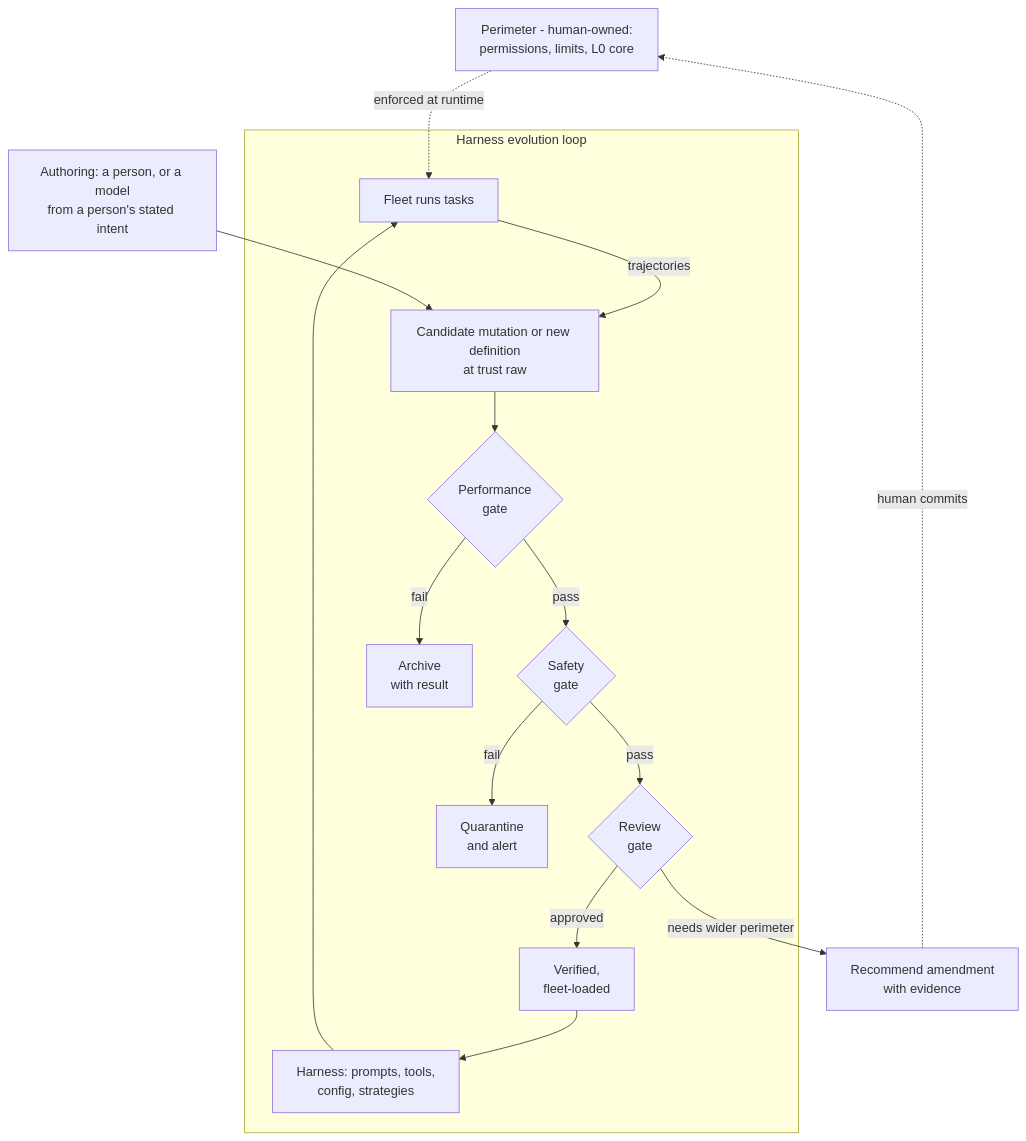
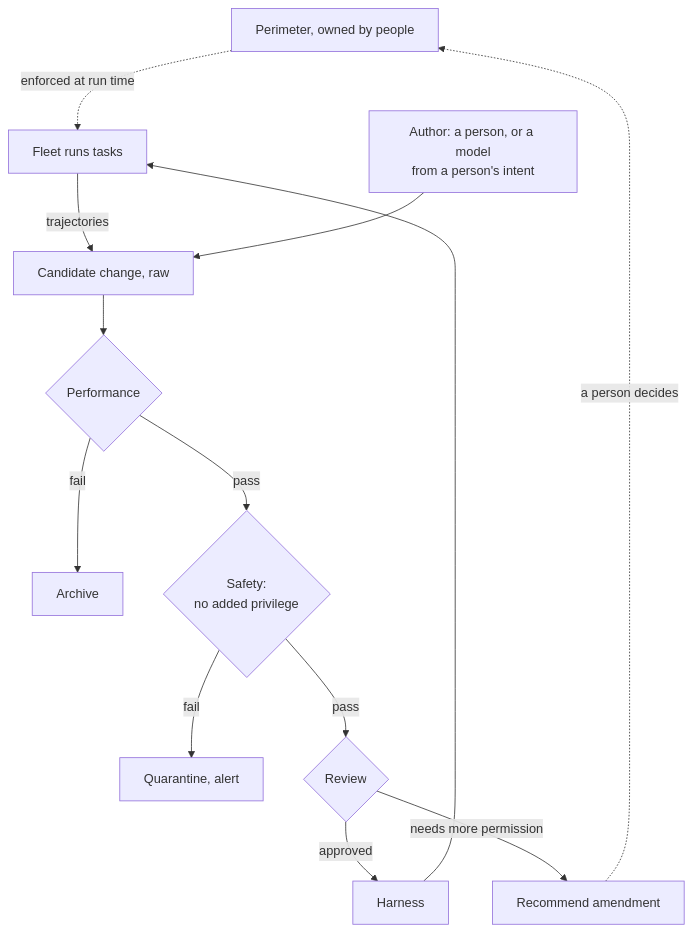
Before and after one commit to apache/tooling-memory: the fifth of 5 diagrams in docs/durable-memory-for-disposable-agents.md, drawn with Mermaid. The commit also changed other lines of this file and 1 other file, not shown here.

First line of the commit message:
Memory paper: shorter, layered, why first; trust, identity, and safety

````diff
--- a/docs/durable-memory-for-disposable-agents.md
+++ b/docs/durable-memory-for-disposable-agents.md
@@ -741,26 +513,16 @@
 ```mermaid
 flowchart TD
-    PERIM["Perimeter - human-owned:<br/>permissions, limits, L0 core"]
-    subgraph LOOP["Harness evolution loop"]
-        H["Harness: prompts, tools,<br/>config, strategies"]
-        RUN["Fleet runs tasks"]
-        DIST["Candidate mutation or new definition<br/>at trust raw"]
-        G1{"Performance<br/>gate"}
-        G2{"Safety<br/>gate"}
-        G3{"Review<br/>gate"}
-        V["Verified,<br/>fleet-loaded"]
-        ARCH["Archive<br/>with result"]
-        QUAR["Quarantine<br/>and alert"]
-    end
-    AUTH["Authoring: a person, or a model<br/>from a person's stated intent"]
-    H --> RUN -->|trajectories| DIST --> G1
-    AUTH --> DIST
-    G1 -- fail --> ARCH
-    G1 -- pass --> G2
-    G2 -- fail --> QUAR
-    G2 -- pass --> G3
-    G3 -- approved --> V --> H
-    G3 -- "needs wider perimeter" --> RECM["Recommend amendment<br/>with evidence"]
-    RECM -.->|human commits| PERIM
-    PERIM -.->|enforced at runtime| RUN
+    PERIM["Perimeter, owned by people"]
+    H["Harness"] --> RUN["Fleet runs tasks"]
+    RUN -->|trajectories| CAND["Candidate change, raw"]
+    AUTH["Author: a person, or a model<br/>from a person's intent"] --> CAND
+    CAND --> G1{"Performance"}
+    G1 -- fail --> ARCH["Archive"]
+    G1 -- pass --> G2{"Safety:<br/>no added privilege"}
+    G2 -- fail --> QUAR["Quarantine, alert"]
+    G2 -- pass --> G3{"Review"}
+    G3 -- approved --> H
+    G3 -- "needs more permission" --> REC["Recommend amendment"]
+    REC -.->|a person decides| PERIM
+    PERIM -.->|enforced at run time| RUN
 ```
````
